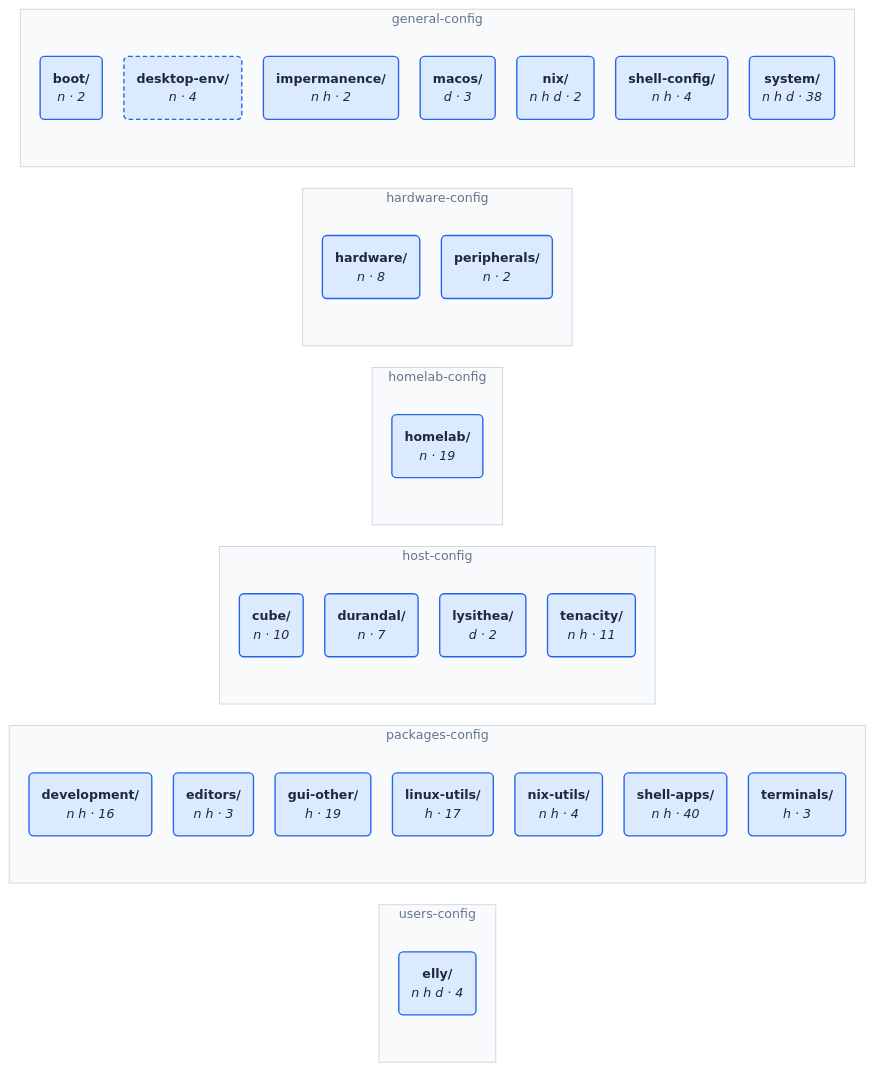
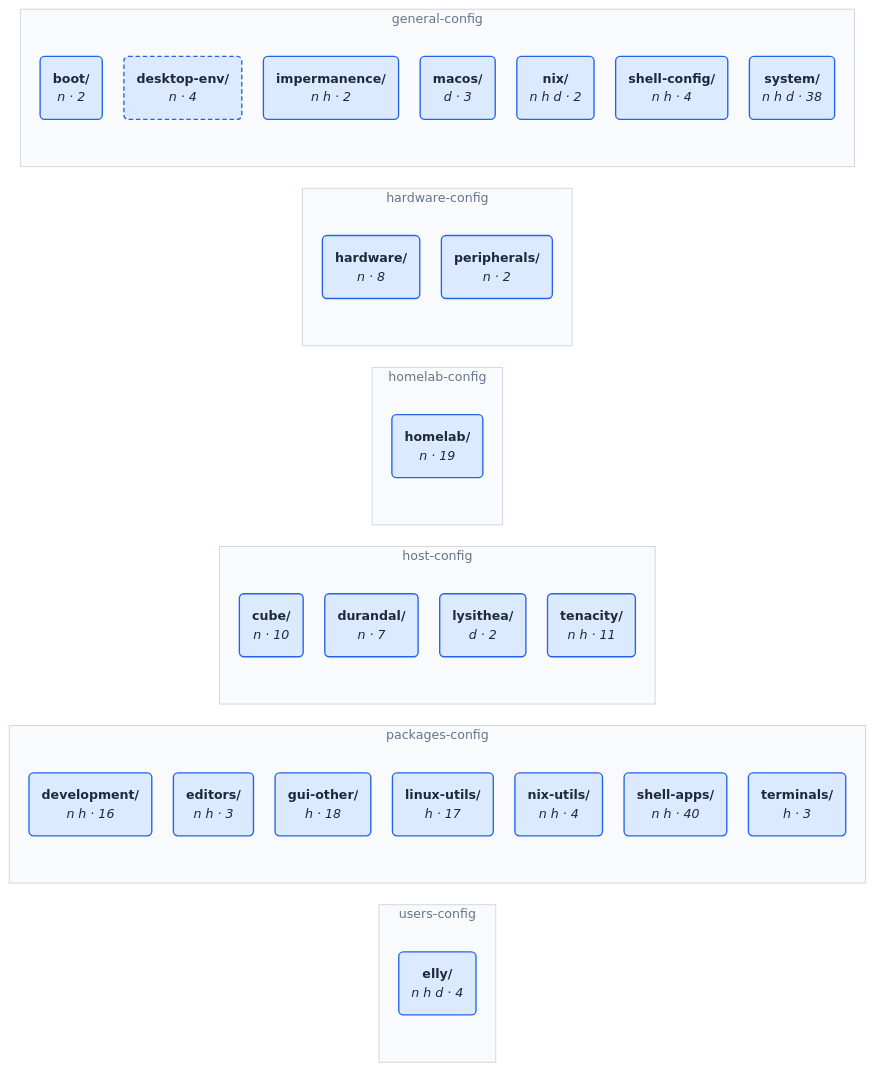
Before and after one commit to NireBryce/nixos-configs: the diagram in wiki/architecture.md, drawn with Mermaid. The commit also changed 7 other files, not shown here.

````diff
--- a/wiki/architecture.md
+++ b/wiki/architecture.md
@@ -98,54 +98,54 @@
 ```mermaid
 %%{init: {"theme": "base", "themeVariables": {"fontFamily": "ui-sans-serif, system-ui, sans-serif", "fontSize": "14px", "lineColor": "#94a3b8"}, "flowchart": {"curve": "basis", "nodeSpacing": 24, "rankSpacing": 80, "padding": 14}}}%%
 flowchart LR
     subgraph g0["users-config"]
         n27("<b>elly/</b><br/><i>n h d · 4</i>")
     end
     subgraph g1["packages-config"]
         n20("<b>development/</b><br/><i>n h · 16</i>")
         n21("<b>editors/</b><br/><i>n h · 3</i>")
-        n22("<b>gui-other/</b><br/><i>h · 19</i>")
+        n22("<b>gui-other/</b><br/><i>h · 18</i>")
         n23("<b>linux-utils/</b><br/><i>h · 17</i>")
         n24("<b>nix-utils/</b><br/><i>n h · 4</i>")
         n25("<b>shell-apps/</b><br/><i>n h · 40</i>")
         n26("<b>terminals/</b><br/><i>h · 3</i>")
     end
     subgraph g2["host-config"]
         n16("<b>cube/</b><br/><i>n · 10</i>")
         n17("<b>durandal/</b><br/><i>n · 7</i>")
         n18("<b>lysithea/</b><br/><i>d · 2</i>")
         n19("<b>tenacity/</b><br/><i>n h · 11</i>")
     end
     subgraph g3["homelab-config"]
         n15("<b>homelab/</b><br/><i>n · 19</i>")
     end
     subgraph g4["hardware-config"]
         n13("<b>hardware/</b><br/><i>n · 8</i>")
         n14("<b>peripherals/</b><br/><i>n · 2</i>")
     end
     subgraph g5["general-config"]
         n6("<b>boot/</b><br/><i>n · 2</i>")
         n7("<b>desktop-env/</b><br/><i>n · 4</i>")
         n8("<b>impermanence/</b><br/><i>n h · 2</i>")
         n9("<b>macos/</b><br/><i>d · 3</i>")
         n10("<b>nix/</b><br/><i>n h d · 2</i>")
         n11("<b>shell-config/</b><br/><i>n h · 4</i>")
         n12("<b>system/</b><br/><i>n h d · 38</i>")
     end
     style g0 fill:#f8fafc,stroke:#cbd5e1,color:#64748b
     style g1 fill:#f8fafc,stroke:#cbd5e1,color:#64748b
     style g2 fill:#f8fafc,stroke:#cbd5e1,color:#64748b
     style g3 fill:#f8fafc,stroke:#cbd5e1,color:#64748b
     style g4 fill:#f8fafc,stroke:#cbd5e1,color:#64748b
     style g5 fill:#f8fafc,stroke:#cbd5e1,color:#64748b
     classDef area fill:#f8fafc,stroke:#cbd5e1,color:#1e293b,stroke-width:1.5px
     classDef category fill:#dbeafe,stroke:#2563eb,color:#1e293b,stroke-width:1.5px
     classDef folder fill:#f1f5f9,stroke:#94a3b8,color:#1e293b,stroke-width:1.5px
     classDef module fill:#ffffff,stroke:#94a3b8,color:#1e293b,stroke-width:1.5px
     classDef aggregate fill:#ffffff,stroke:#f59e0b,color:#1e293b,stroke-width:1.5px
     classDef missing fill:#fee2e2,stroke:#ef4444,color:#1e293b,stroke-width:1.5px
     classDef orphan fill:#fff1f2,stroke:#e11d48,color:#1e293b,stroke-width:2.5px
     classDef bymodule stroke-dasharray:5 3
     class n6,n7,n8,n9,n10,n11,n12,n13,n14,n15,n16,n17,n18,n19,n20,n21,n22,n23,n24,n25,n26,n27 category
     class n7 bymodule
 ```
````
